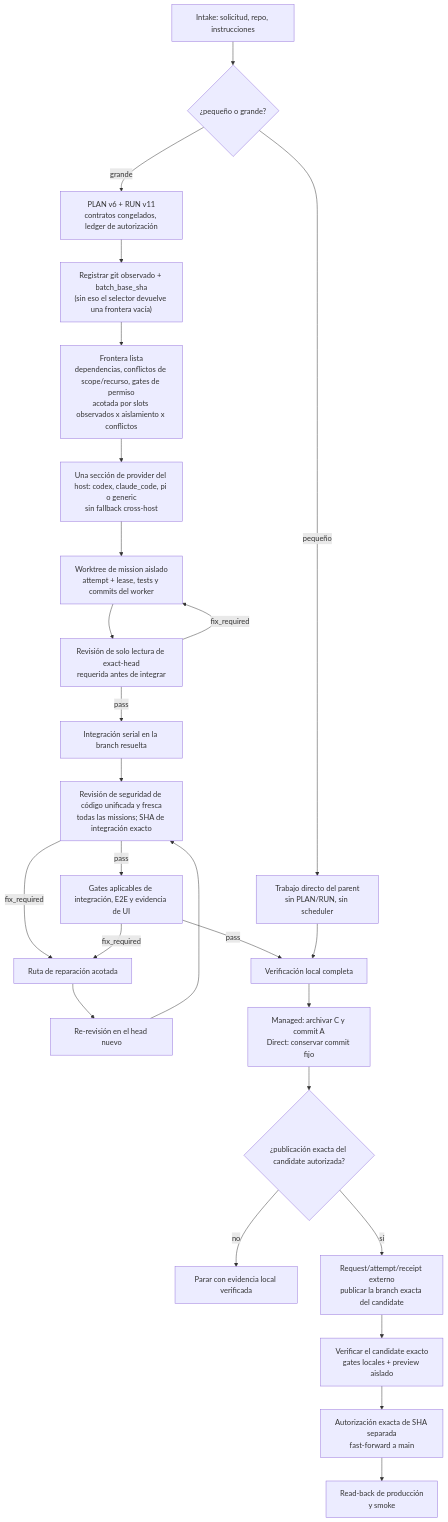
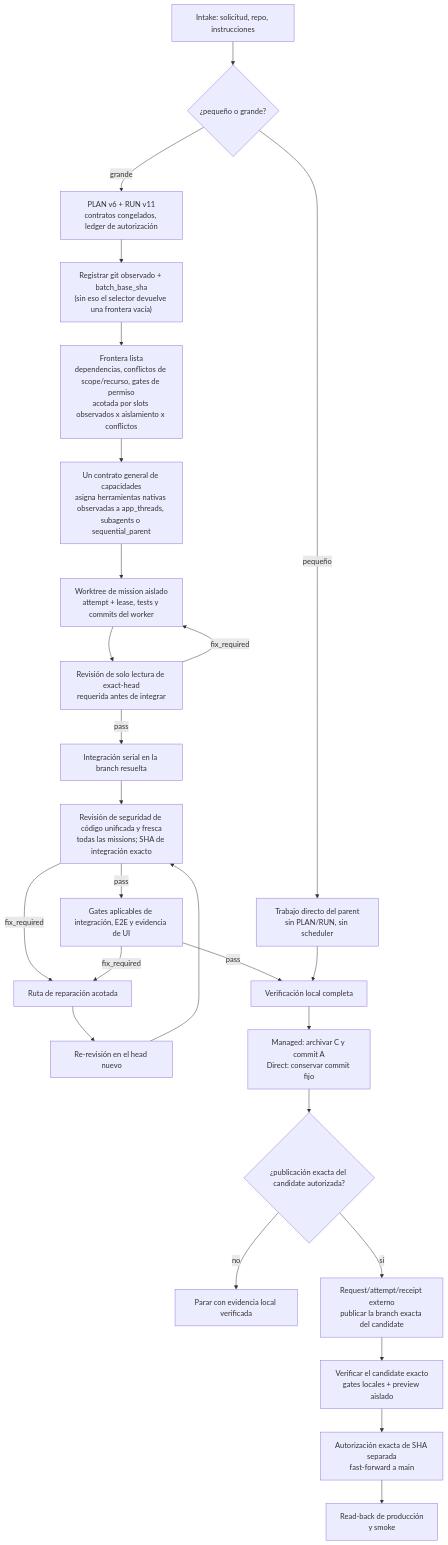
One commit to Phlegonlabs/fullstack-goal-dev changed the third of 3 diagrams in README.es.md. Above: the diagram before and after it, drawn with Mermaid. The commit also changed other lines of this file and 3 other files, not shown here.

````diff
--- a/README.es.md
+++ b/README.es.md
@@ -370,28 +378,28 @@
 ```mermaid
 flowchart TB
   Intake["Intake: solicitud, repo, instrucciones"] --> Size{"¿pequeño o grande?"}
   Size -->|pequeño| Direct["Trabajo directo del parent<br/>sin PLAN/RUN, sin scheduler"]
   Size -->|grande| Plan["PLAN v6 + RUN v11<br/>contratos congelados, ledger de autorización"]
   Plan --> Observe["Registrar git observado + batch_base_sha<br/>(sin eso el selector devuelve una frontera vacía)"]
   Observe --> Frontier["Frontera lista<br/>dependencias, conflictos de scope/recurso, gates de permiso<br/>acotada por slots observados x aislamiento x conflictos"]
-  Frontier --> Host["Una sección de provider del host: codex, claude_code, pi o generic<br/>sin fallback cross-host"]
+  Frontier --> Host["Un contrato general de capacidades<br/>asigna herramientas nativas observadas a app_threads, subagents o sequential_parent"]
   Host --> Work["Worktree de mission aislado<br/>attempt + lease, tests y commits del worker"]
   Work --> Review["Revisión de solo lectura de exact-head<br/>requerida antes de integrar"]
   Review -->|pass| Integrate["Integración serial en la branch resuelta"]
   Review -->|fix_required| Work
   Integrate --> Security["Revisión de seguridad de código unificada y fresca<br/>todas las missions; SHA de integración exacto"]
   Security -->|pass| Gates["Gates aplicables de integración, E2E y evidencia de UI"]
   Security -->|fix_required| Repair["Ruta de reparación acotada"]
   Gates -->|fix_required| Repair
   Repair --> Rereview["Re-revisión en el head nuevo"]
   Rereview --> Security
   Gates -->|pass| Local["Verificación local completa"]
   Direct --> Local
   Local --> ArchiveCandidate["Managed: archivar C y commit A<br/>Direct: conservar commit fijo"]
   ArchiveCandidate --> Remote{"¿publicación exacta del candidate autorizada?"}
   Remote -->|no| Done["Parar con evidencia local verificada"]
   Remote -->|sí| Push["Request/attempt/receipt externo<br/>publicar la branch exacta del candidate"]
   Push --> Candidate["Verificar el candidate exacto<br/>gates locales + preview aislado"]
   Candidate --> Main["Autorización exacta de SHA separada<br/>fast-forward a main"]
   Main --> Prod["Read-back de producción<br/>y smoke"]
 ```
````
